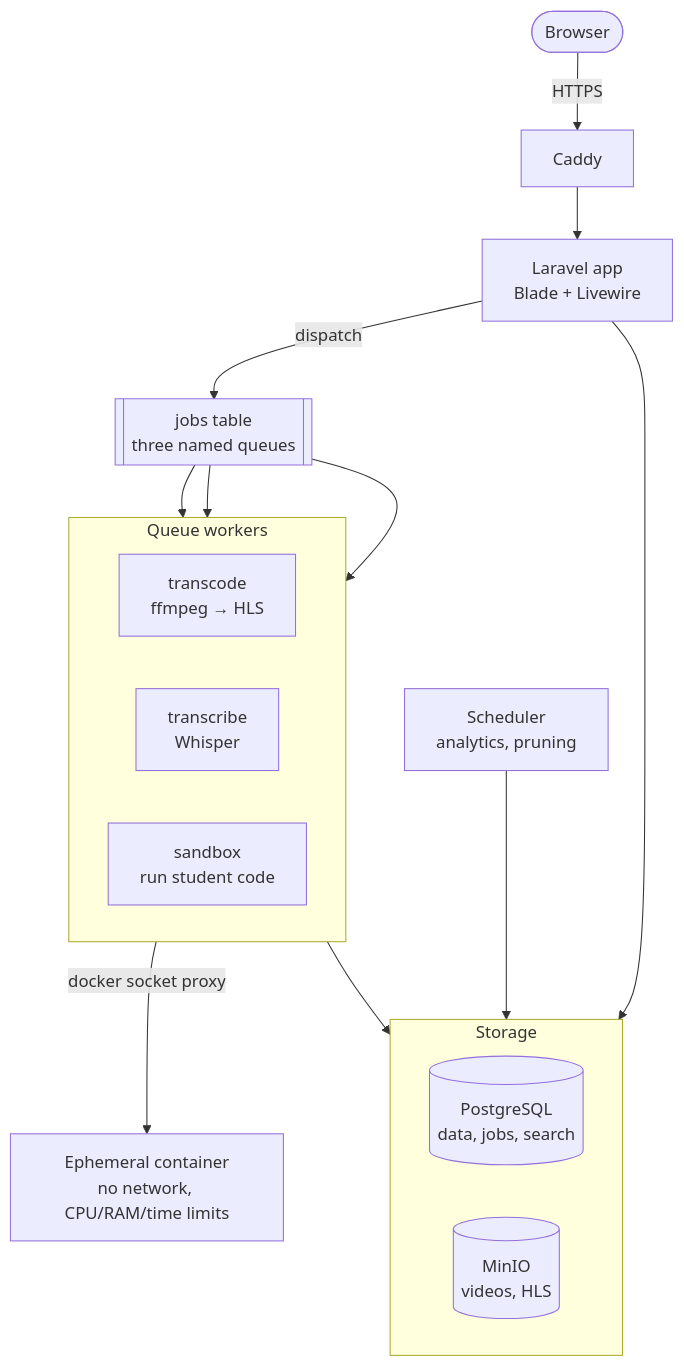
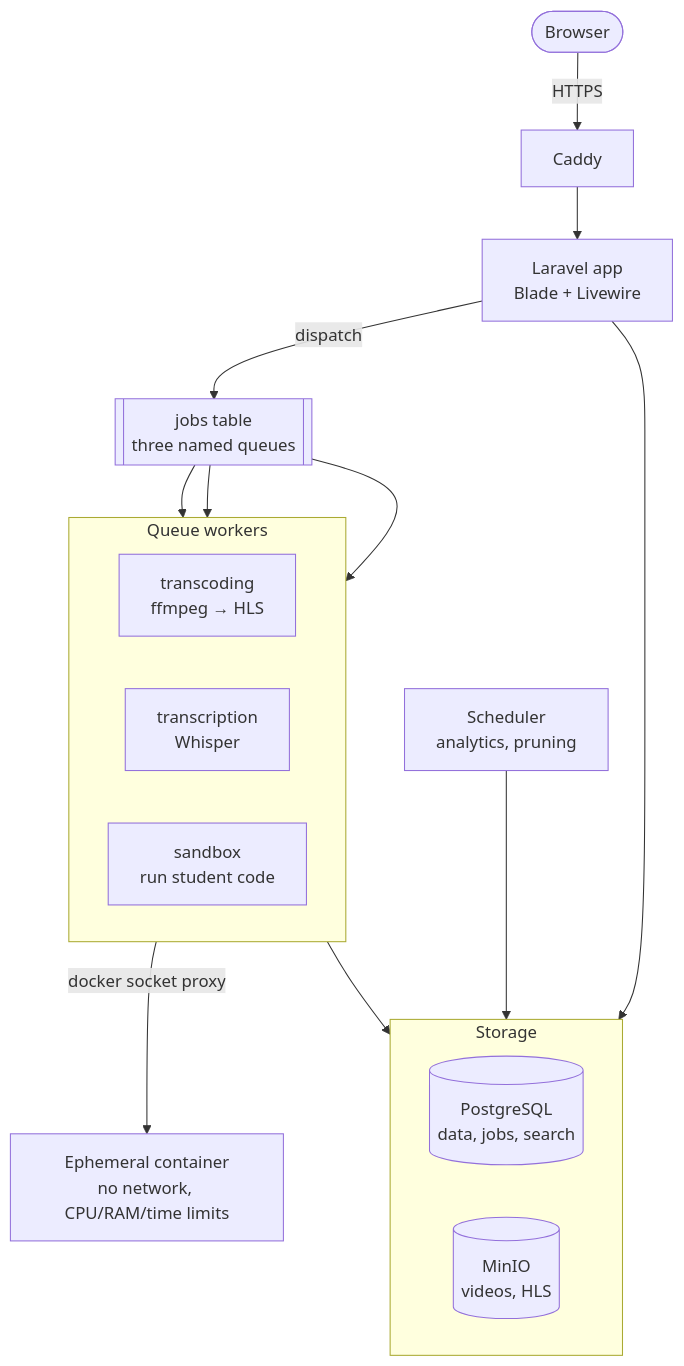
One commit to lucaszebre/ANNUALPROJECT-IWJ3 changed the diagram in README.md. Above: the diagram before and after it, drawn with Mermaid. The commit also changed 3 other files, not shown here.

````diff
--- a/README.md
+++ b/README.md
@@ -79,23 +79,23 @@
 ```mermaid
 flowchart TB
     browser([Browser]) -->|HTTPS| caddy[Caddy]
     caddy --> app[Laravel app<br/>Blade + Livewire]
     app -->|dispatch| queue[[jobs table<br/>three named queues]]
-    queue --> transcode & transcribe & sandbox
+    queue --> transcoding & transcription & sandbox
     subgraph workers [Queue workers]
         direction LR
-        transcode[transcode<br/>ffmpeg → HLS]
-        transcribe[transcribe<br/>Whisper]
+        transcoding[transcoding<br/>ffmpeg → HLS]
+        transcription[transcription<br/>Whisper]
         sandbox[sandbox<br/>run student code]
     end
     sandbox -->|docker socket proxy| runner[Ephemeral container<br/>no network, CPU/RAM/time limits]
     scheduler[Scheduler<br/>analytics, pruning]
     subgraph storage [Storage]
         direction LR
         pg[(PostgreSQL<br/>data, jobs, search)]
         minio[(MinIO<br/>videos, HLS)]
     end
     app --> storage
     workers --> storage
     scheduler --> storage
 ```
````
